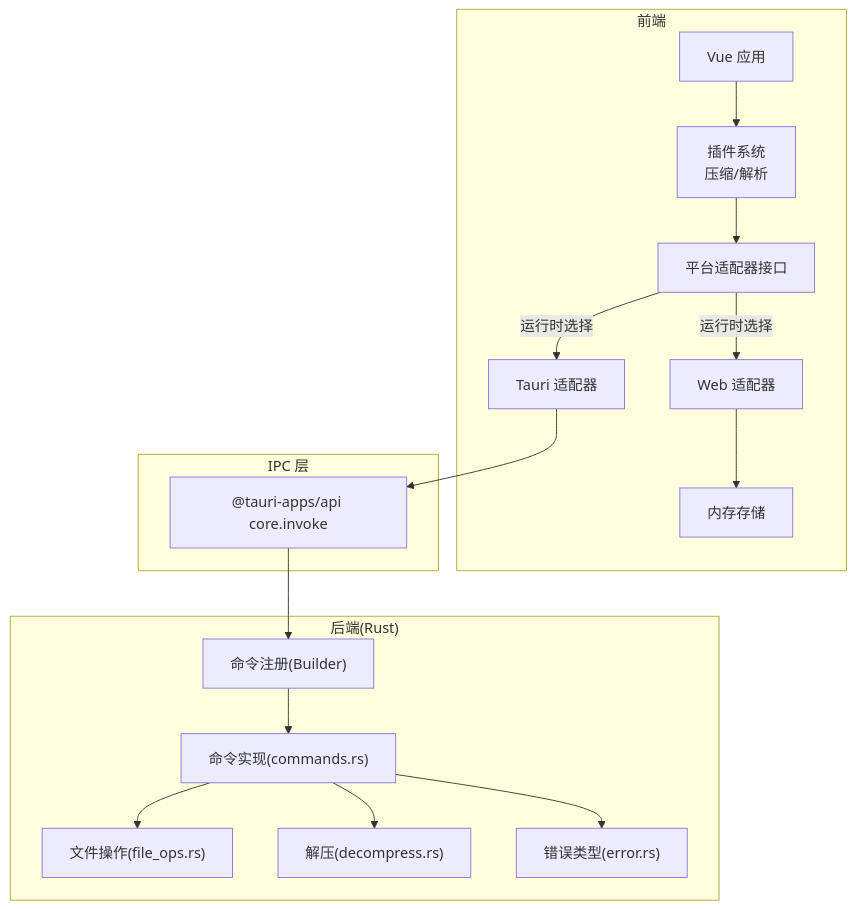
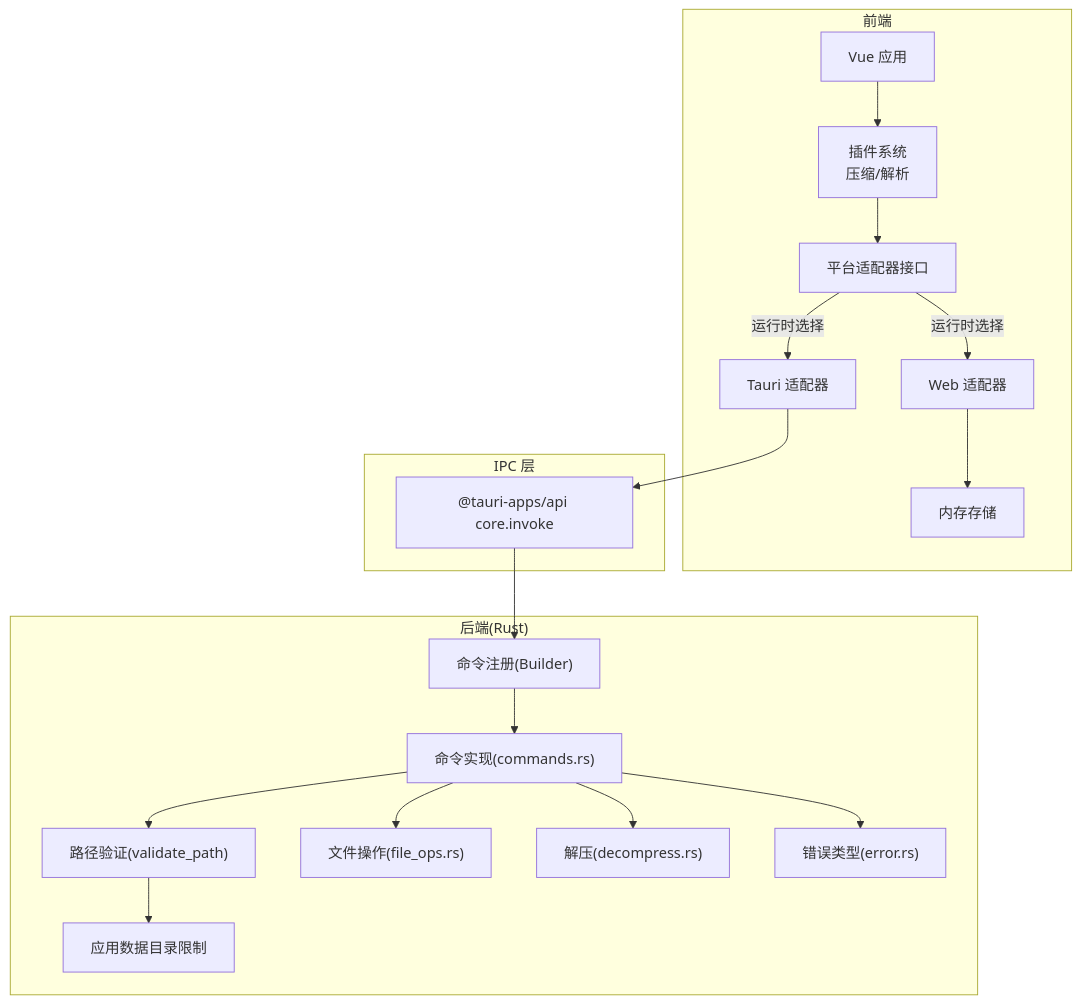
The first of 12 diagrams in .qoder/repowiki/zh/content/架构设计/前后端通信机制/前后端通信机制.md (taoweidong/Hello-Tauri), drawn with Mermaid before and after one commit. The commit also changed other lines of this file and 119 other files, not shown here.

````diff
--- a/.qoder/repowiki/zh/content/架构设计/前后端通信机制/前后端通信机制.md
+++ b/.qoder/repowiki/zh/content/架构设计/前后端通信机制/前后端通信机制.md
@@ -45,32 +53,36 @@
 ```mermaid
 graph TB
 subgraph "前端"
 A["Vue 应用"]
 B["插件系统<br/>压缩/解析"]
 C["平台适配器接口"]
 D["Tauri 适配器"]
 E["Web 适配器"]
 F["内存存储"]
 end
 subgraph "IPC 层"
 G["@tauri-apps/api core.invoke"]
 end
 subgraph "后端(Rust)"
 H["命令注册(Builder)"]
 I["命令实现(commands.rs)"]
-J["文件操作(file_ops.rs)"]
-K["解压(decompress.rs)"]
-L["错误类型(error.rs)"]
+J["路径验证(validate_path)"]
+K["文件操作(file_ops.rs)"]
+L["解压(decompress.rs)"]
+M["错误类型(error.rs)"]
+N["应用数据目录限制"]
 end
 A --> B
 B --> C
 C --> |运行时选择| D
 C --> |运行时选择| E
 D --> G
 G --> H
 H --> I
 I --> J
+J --> N
 I --> K
 I --> L
+I --> M
 E --> F
 ```
````
